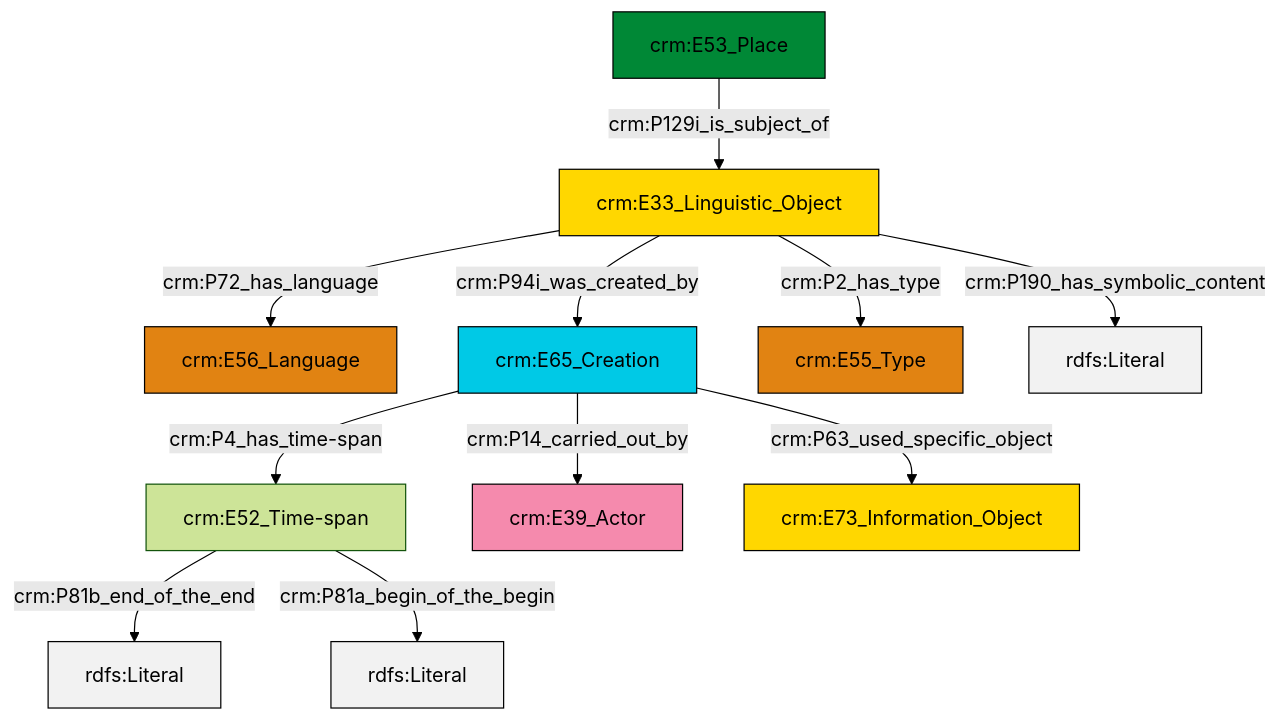
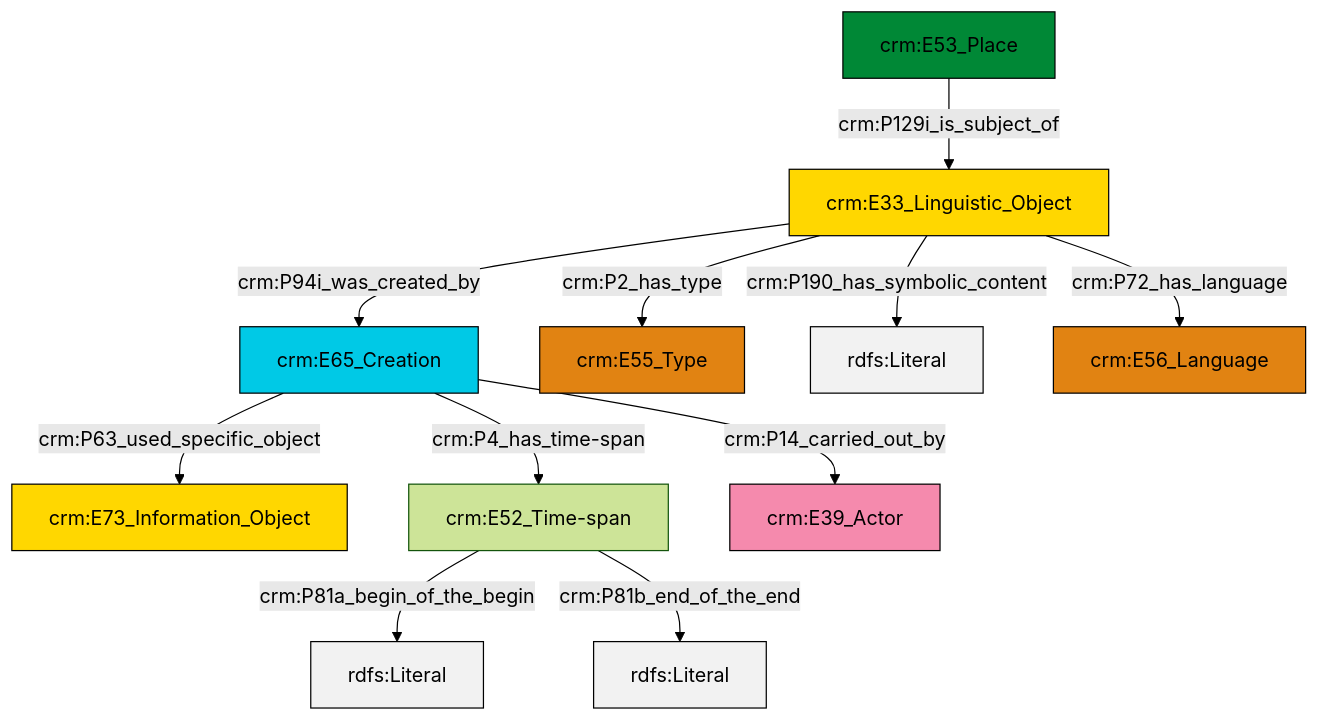
Before and after one commit to swiss-art-research-net/docs.swissartresearch: the diagram in et/placeCSV/ttl/mmd/place_description.ttl.mmd, drawn with Mermaid (forest theme). The commit also changed 176 other files, not shown here.

```diff
--- a/et/placeCSV/ttl/mmd/place_description.ttl.mmd
+++ b/et/placeCSV/ttl/mmd/place_description.ttl.mmd
@@ -1,25 +1,25 @@
 graph TD
 classDef Literal fill:#f2f2f2,stroke:#000000;
 classDef CRM_Entity fill:#FFFFFF,stroke:#000000;
 classDef Temporal_Entity fill:#00C9E6, stroke:#000000;
 classDef Type fill:#E18312, stroke:#000000;
 classDef Time-Span fill:#2C9C91, stroke:#000000;
 classDef Appellation fill:#FFEB7F, stroke:#000000;
 classDef Place fill:#008836, stroke:#000000;
 classDef Persistent_Item fill:#B266B2, stroke:#000000;
 classDef Conceptual_Object fill:#FFD700, stroke:#000000;
 classDef Physical_Thing fill:#D2B48C, stroke:#000000;
 classDef Actor fill:#f58aad, stroke:#000000;
 classDef PC_Classes fill:#4ce600, stroke:#000000;
 classDef Multi fill:#cccccc,stroke:#000000;
 
-0["crm:E52_Time-span"]:::Default -->|crm:P81b_end_of_the_end| 1[rdfs:Literal]:::Literal
-2["crm:E33_Linguistic_Object"]:::Conceptual_Object -->|crm:P72_has_language| 4["crm:E56_Language"]:::Type
-7["crm:E65_Creation"]:::Temporal_Entity -->|crm:P14_carried_out_by| 5["crm:E39_Actor"]:::Actor
-7["crm:E65_Creation"]:::Temporal_Entity -->|crm:P63_used_specific_object| 8["crm:E73_Information_Object"]:::Conceptual_Object
-0["crm:E52_Time-span"]:::Default -->|crm:P81a_begin_of_the_begin| 9[rdfs:Literal]:::Literal
-7["crm:E65_Creation"]:::Temporal_Entity -->|crm:P4_has_time-span| 0["crm:E52_Time-span"]:::Default
-2["crm:E33_Linguistic_Object"]:::Conceptual_Object -->|crm:P2_has_type| 14["crm:E55_Type"]:::Type
-2["crm:E33_Linguistic_Object"]:::Conceptual_Object -->|crm:P94i_was_created_by| 7["crm:E65_Creation"]:::Temporal_Entity
-15["crm:E53_Place"]:::Place -->|crm:P129i_is_subject_of| 2["crm:E33_Linguistic_Object"]:::Conceptual_Object
-2["crm:E33_Linguistic_Object"]:::Conceptual_Object -->|crm:P190_has_symbolic_content| 18[rdfs:Literal]:::Literal
+0["crm:E65_Creation"]:::Temporal_Entity -->|crm:P63_used_specific_object| 1["crm:E73_Information_Object"]:::Conceptual_Object
+2["crm:E52_Time-span"]:::Default -->|crm:P81a_begin_of_the_begin| 3[rdfs:Literal]:::Literal
+2["crm:E52_Time-span"]:::Default -->|crm:P81b_end_of_the_end| 4[rdfs:Literal]:::Literal
+5["crm:E33_Linguistic_Object"]:::Conceptual_Object -->|crm:P2_has_type| 6["crm:E55_Type"]:::Type
+10["crm:E53_Place"]:::Place -->|crm:P129i_is_subject_of| 5["crm:E33_Linguistic_Object"]:::Conceptual_Object
+0["crm:E65_Creation"]:::Temporal_Entity -->|crm:P14_carried_out_by| 12["crm:E39_Actor"]:::Actor
+5["crm:E33_Linguistic_Object"]:::Conceptual_Object -->|crm:P190_has_symbolic_content| 13[rdfs:Literal]:::Literal
+0["crm:E65_Creation"]:::Temporal_Entity -->|crm:P4_has_time-span| 2["crm:E52_Time-span"]:::Default
+5["crm:E33_Linguistic_Object"]:::Conceptual_Object -->|crm:P94i_was_created_by| 0["crm:E65_Creation"]:::Temporal_Entity
+5["crm:E33_Linguistic_Object"]:::Conceptual_Object -->|crm:P72_has_language| 15["crm:E56_Language"]:::Type
```
